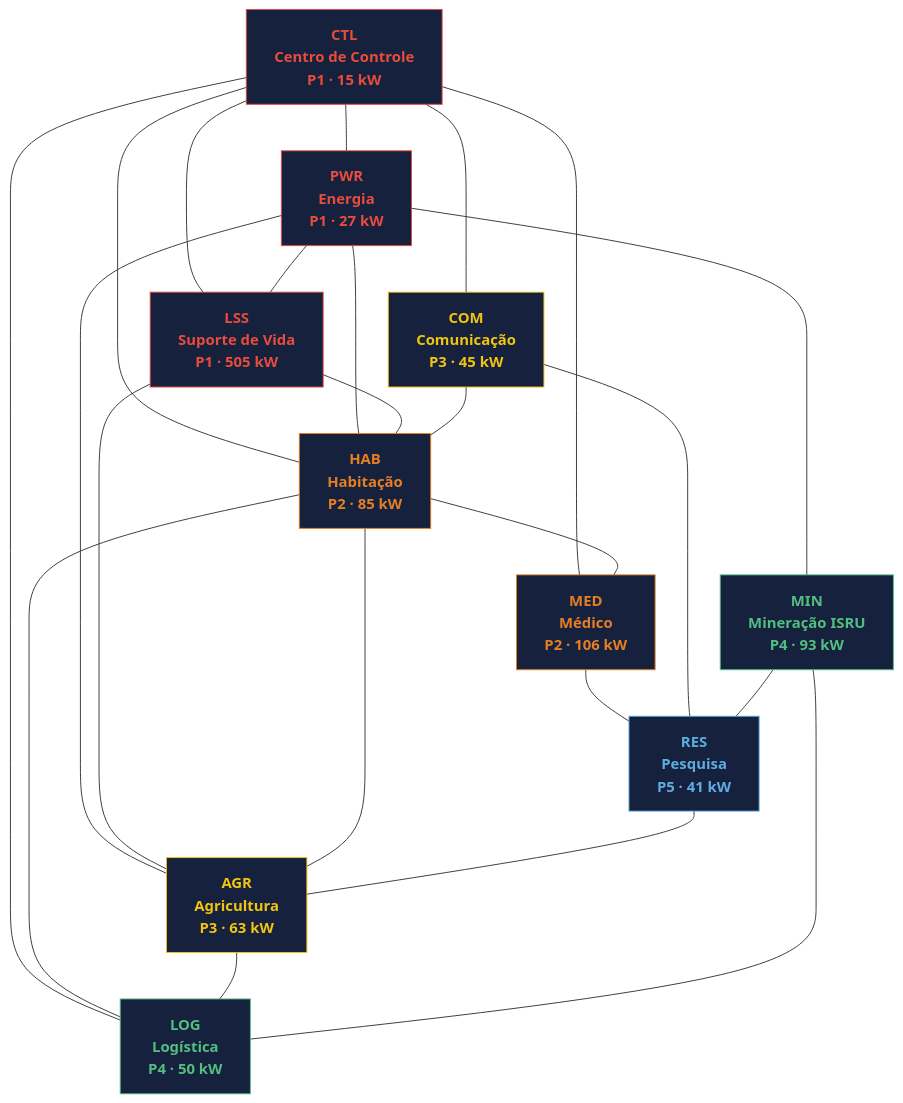
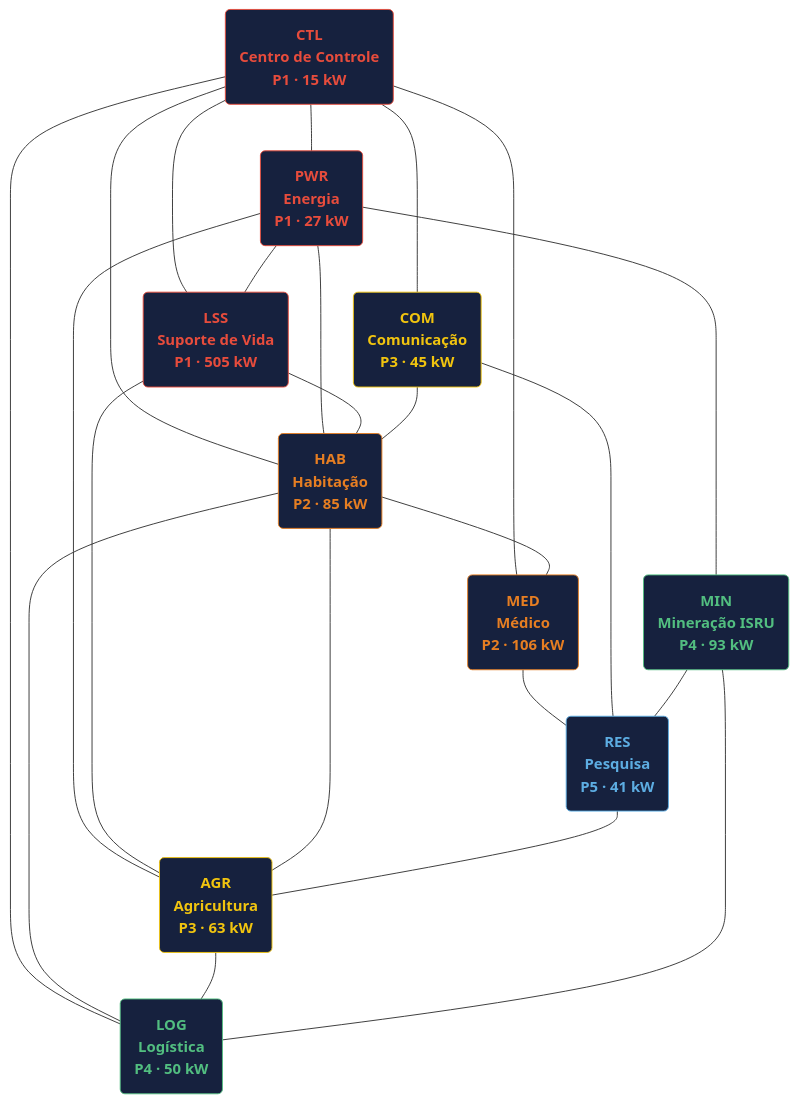
One commit to juliaramosguedes/fiap-fase-4-aurora-siger changed the second of 2 diagrams in README.md. Above: the diagram before and after it, drawn with Mermaid. The commit also changed other lines of this file and 1 other file, not shown here.

Commit message:
fix: table text wrapping, cover LinkedIn labels, priority colors in PDF; add graph legend to README
- dark_table() now passes wrapped Paragraph list to Table() so long text auto-wraps
- Cover team table shows "LinkedIn →" instead of raw URLs (consistent with prior phases)
- Priority color column uses inline <font> markup since TEXTCOLOR doesn't affect Paragraph cells
- README: added P1–P5 priority legend and connection type legend below colony graph

````diff
--- a/README.md
+++ b/README.md
@@ -78,48 +78,48 @@
 ```mermaid
 graph TD
-    CTL["CTL<br/>Centro de Controle<br/>P1 · 15 kW"]
-    PWR["PWR<br/>Energia<br/>P1 · 27 kW"]
-    LSS["LSS<br/>Suporte de Vida<br/>P1 · 505 kW"]
-    HAB["HAB<br/>Habitação<br/>P2 · 85 kW"]
-    MED["MED<br/>Médico<br/>P2 · 106 kW"]
-    COM["COM<br/>Comunicação<br/>P3 · 45 kW"]
-    AGR["AGR<br/>Agricultura<br/>P3 · 63 kW"]
-    LOG["LOG<br/>Logística<br/>P4 · 50 kW"]
-    MIN["MIN<br/>Mineração ISRU<br/>P4 · 93 kW"]
-    RES["RES<br/>Pesquisa<br/>P5 · 41 kW"]
+    CTL("CTL<br/>Centro de Controle<br/>P1 · 15 kW")
+    PWR("PWR<br/>Energia<br/>P1 · 27 kW")
+    LSS("LSS<br/>Suporte de Vida<br/>P1 · 505 kW")
+    HAB("HAB<br/>Habitação<br/>P2 · 85 kW")
+    MED("MED<br/>Médico<br/>P2 · 106 kW")
+    COM("COM<br/>Comunicação<br/>P3 · 45 kW")
+    AGR("AGR<br/>Agricultura<br/>P3 · 63 kW")
+    LOG("LOG<br/>Logística<br/>P4 · 50 kW")
+    MIN("MIN<br/>Mineração ISRU<br/>P4 · 93 kW")
+    RES("RES<br/>Pesquisa<br/>P5 · 41 kW")
 
     CTL --- COM
     CTL --- LSS
     CTL --- PWR
     CTL --- HAB
     CTL --- MED
     CTL --- LOG
     PWR --- LSS
     PWR --- HAB
     PWR --- AGR
     PWR --- MIN
     LSS --- HAB
     LSS --- AGR
     HAB --- MED
     HAB --- AGR
     HAB --- LOG
     COM --- HAB
     MED --- RES
     COM --- RES
     AGR --- LOG
     MIN --- LOG
     MIN --- RES
     RES --- AGR
 
     classDef p1 fill:#16213e,stroke:#e74c3c,color:#e74c3c,font-weight:bold
     classDef p2 fill:#16213e,stroke:#e67e22,color:#e67e22,font-weight:bold
     classDef p3 fill:#16213e,stroke:#f1c40f,color:#f1c40f,font-weight:bold
     classDef p4 fill:#16213e,stroke:#52be80,color:#52be80,font-weight:bold
     classDef p5 fill:#16213e,stroke:#5dade2,color:#5dade2,font-weight:bold
 
     class CTL,PWR,LSS p1
     class HAB,MED p2
     class COM,AGR p3
     class LOG,MIN p4
     class RES p5
 ```
````
